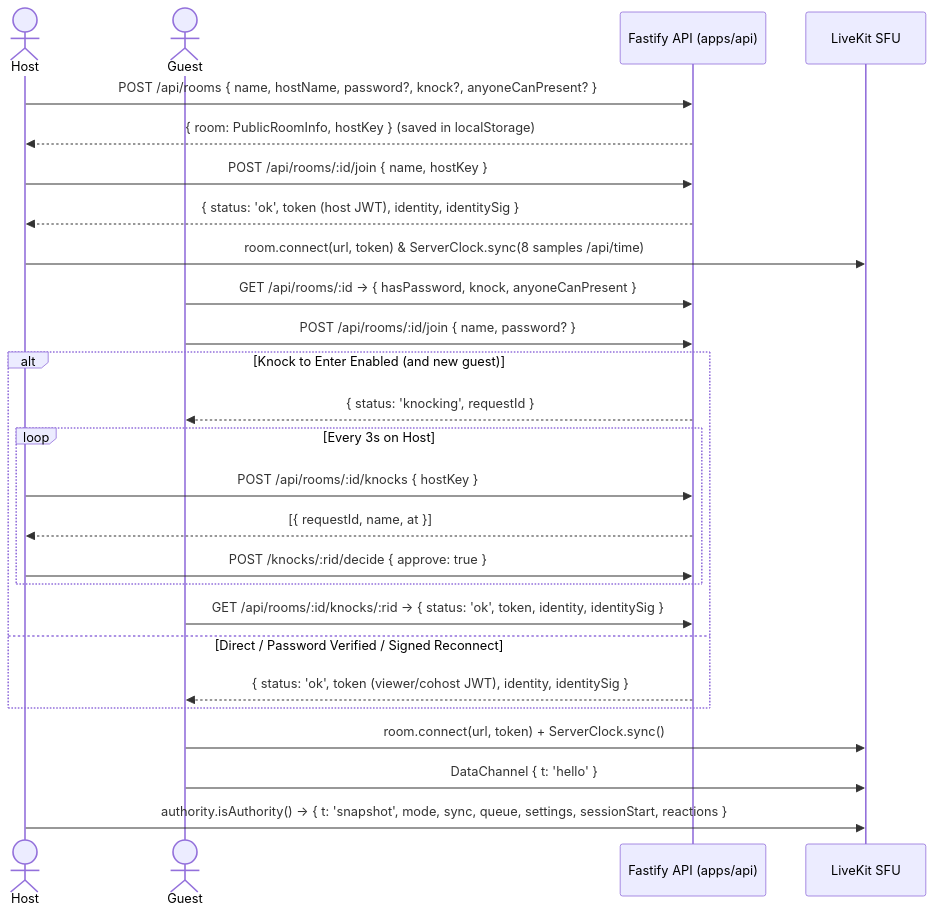
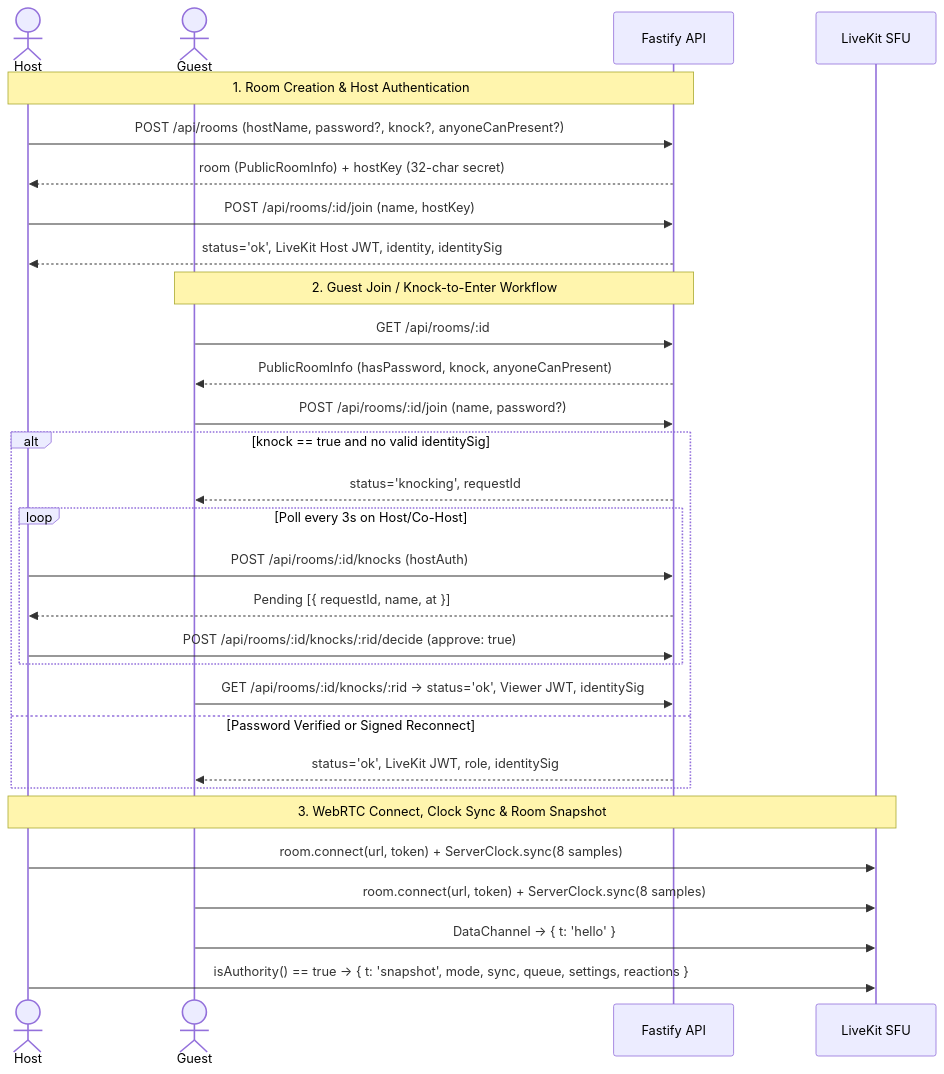
The second of 6 diagrams in README.md (BhanuNama/Popcorn-Room), drawn with Mermaid before and after one commit. The commit also changed other lines of this file, not shown here.

Commit message:
Redesign README.md with GitHub Mermaid diagrams, schemas, and full system deep-dives

````diff
--- a/README.md
+++ b/README.md
@@ -105,31 +127,35 @@
 ```mermaid
 sequenceDiagram
     actor Host
     actor Guest
-    participant API as Fastify API (apps/api)
+    participant API as Fastify API
     participant LK as LiveKit SFU
 
-    Host->>API: POST /api/rooms { name, hostName, password?, knock?, anyoneCanPresent? }
-    API-->>Host: { room: PublicRoomInfo, hostKey } (saved in localStorage)
-    Host->>API: POST /api/rooms/:id/join { name, hostKey }
-    API-->>Host: { status: 'ok', token (host JWT), identity, identitySig }
-    Host->>LK: room.connect(url, token) & ServerClock.sync(8 samples /api/time)
+    Note over Host,API: 1. Room Creation & Host Authentication
+    Host->>API: POST /api/rooms (hostName, password?, knock?, anyoneCanPresent?)
+    API-->>Host: room (PublicRoomInfo) + hostKey (32-char secret)
+    Host->>API: POST /api/rooms/:id/join (name, hostKey)
+    API-->>Host: status='ok', LiveKit Host JWT, identity, identitySig
 
-    Guest->>API: GET /api/rooms/:id -> { hasPassword, knock, anyoneCanPresent }
-    Guest->>API: POST /api/rooms/:id/join { name, password? }
-    alt Knock to Enter Enabled (and new guest)
-        API-->>Guest: { status: 'knocking', requestId }
-        loop Every 3s on Host
-            Host->>API: POST /api/rooms/:id/knocks { hostKey }
-            API-->>Host: [{ requestId, name, at }]
-            Host->>API: POST /knocks/:rid/decide { approve: true }
+    Note over Guest,API: 2. Guest Join / Knock-to-Enter Workflow
+    Guest->>API: GET /api/rooms/:id
+    API-->>Guest: PublicRoomInfo (hasPassword, knock, anyoneCanPresent)
+    Guest->>API: POST /api/rooms/:id/join (name, password?)
+    alt knock == true and no valid identitySig
+        API-->>Guest: status='knocking', requestId
+        loop Poll every 3s on Host/Co-Host
+            Host->>API: POST /api/rooms/:id/knocks (hostAuth)
+            API-->>Host: Pending [{ requestId, name, at }]
+            Host->>API: POST /api/rooms/:id/knocks/:rid/decide (approve: true)
         end
-        Guest->>API: GET /api/rooms/:id/knocks/:rid -> { status: 'ok', token, identity, identitySig }
-    else Direct / Password Verified / Signed Reconnect
-        API-->>Guest: { status: 'ok', token (viewer/cohost JWT), identity, identitySig }
+        Guest->>API: GET /api/rooms/:id/knocks/:rid -> status='ok', Viewer JWT, identitySig
+    else Password Verified or Signed Reconnect
+        API-->>Guest: status='ok', LiveKit JWT, role, identitySig
     end
 
-    Guest->>LK: room.connect(url, token) + ServerClock.sync()
-    Guest->>LK: DataChannel { t: 'hello' }
-    Host->>LK: authority.isAuthority() -> { t: 'snapshot', mode, sync, queue, settings, sessionStart, reactions }
+    Note over Host,LK: 3. WebRTC Connect, Clock Sync & Room Snapshot
+    Host->>LK: room.connect(url, token) + ServerClock.sync(8 samples)
+    Guest->>LK: room.connect(url, token) + ServerClock.sync(8 samples)
+    Guest->>LK: DataChannel -> { t: 'hello' }
+    Host->>LK: isAuthority() == true -> { t: 'snapshot', mode, sync, queue, settings, reactions }
 ```
````
